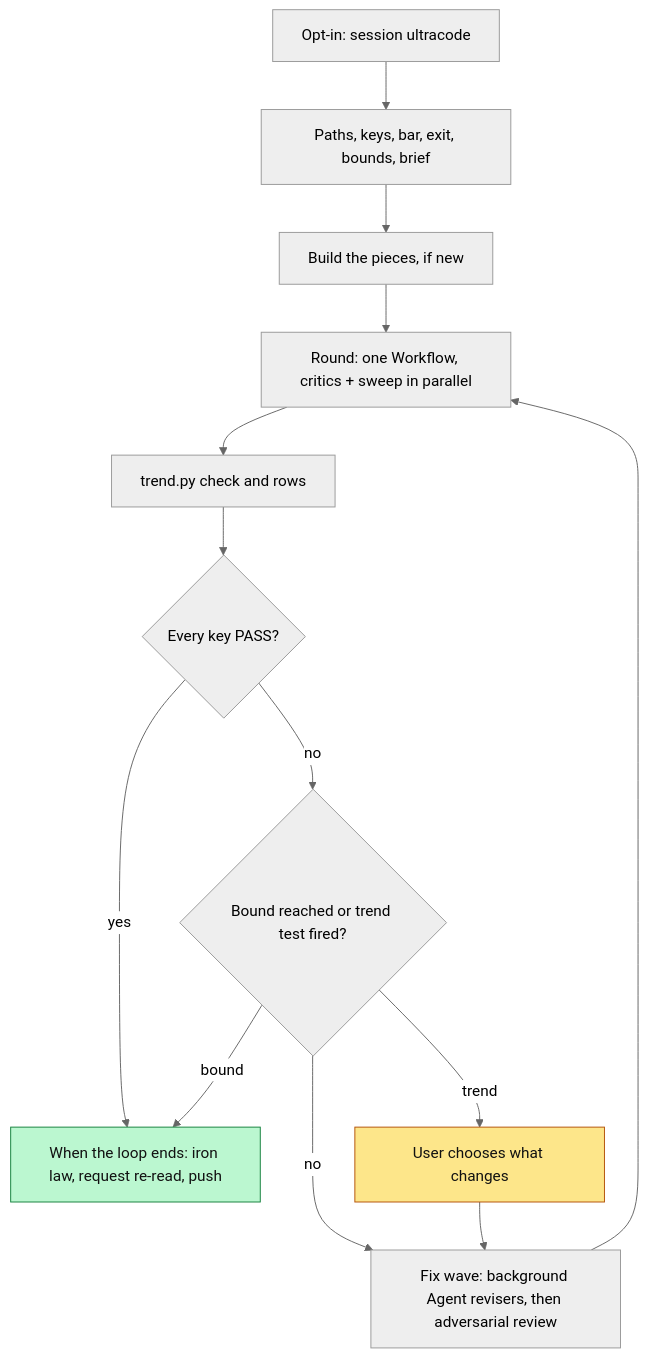
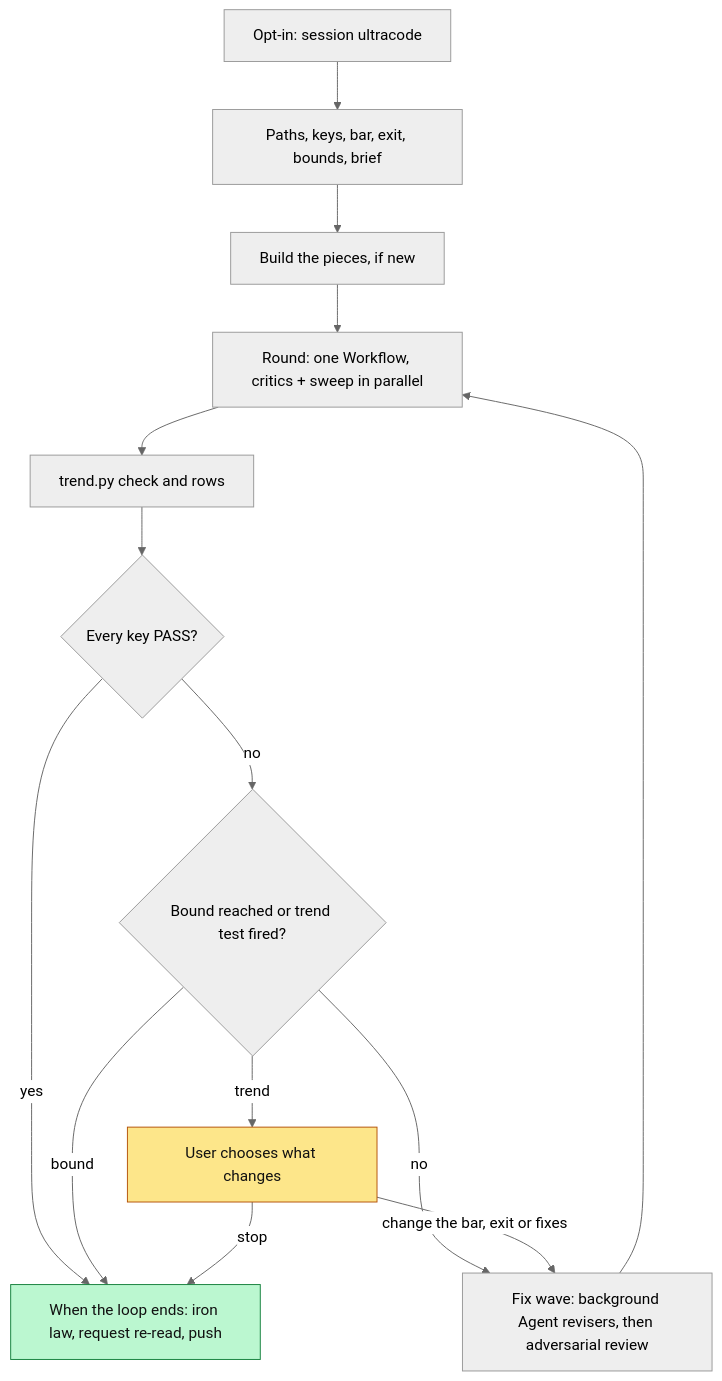
One commit to rodrigorjsf/ai-study-library changed the fourth of 4 diagrams in ai/skills/README.md. Above: the diagram before and after it, drawn with Mermaid (neutral theme). The commit also changed other lines of this file, not shown here.

````diff
--- a/ai/skills/README.md
+++ b/ai/skills/README.md
@@ -275,20 +277,21 @@
 ```mermaid
 flowchart TD
     A[Opt-in: session ultracode] --> B[Paths, keys, bar, exit, bounds, brief]
     B --> C[Build the pieces, if new]
     C --> D[Round: one Workflow, critics + sweep in parallel]
     D --> E[trend.py check and rows]
     E --> F{Every key PASS?}
     F -- yes --> J[When the loop ends: iron law, request re-read, push]
     F -- no --> G{Bound reached or trend test fired?}
     G -- bound --> J
     G -- trend --> H[User chooses what changes]
     G -- no --> I[Fix wave: background Agent revisers, then adversarial review]
-    H --> I
+    H -- change the bar, exit or fixes --> I
+    H -- stop --> J
     I --> D
 
     classDef gate fill:#fde68a,stroke:#b45309,color:#111
     classDef done fill:#bbf7d0,stroke:#15803d,color:#111
     class H gate
     class J done
 ```
````
